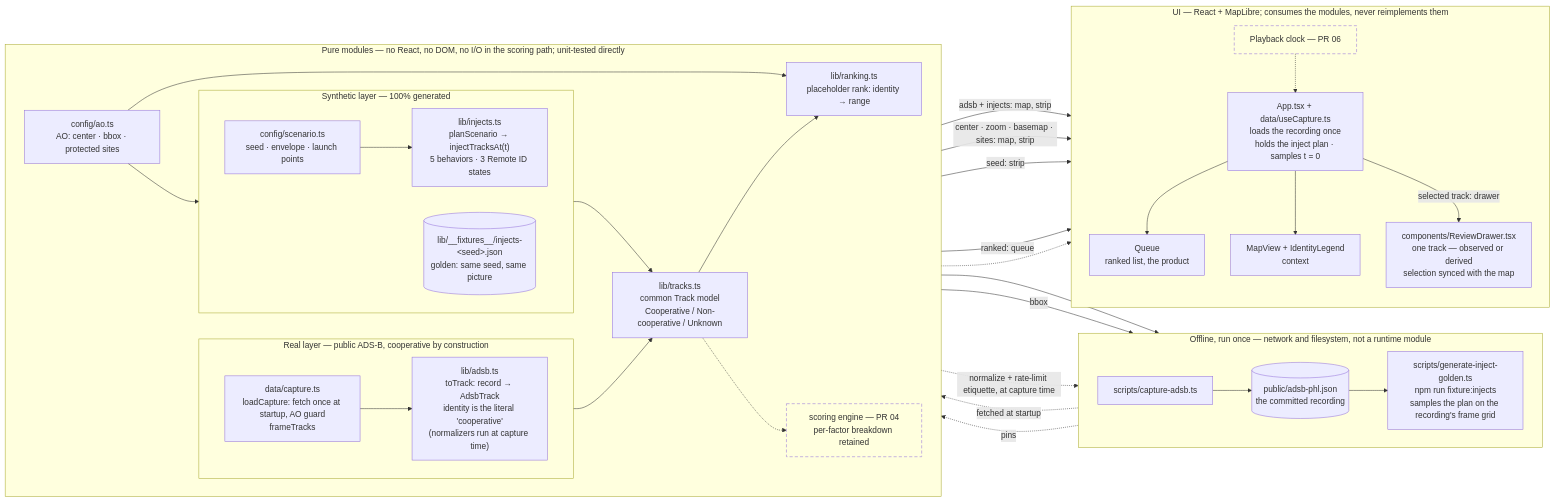
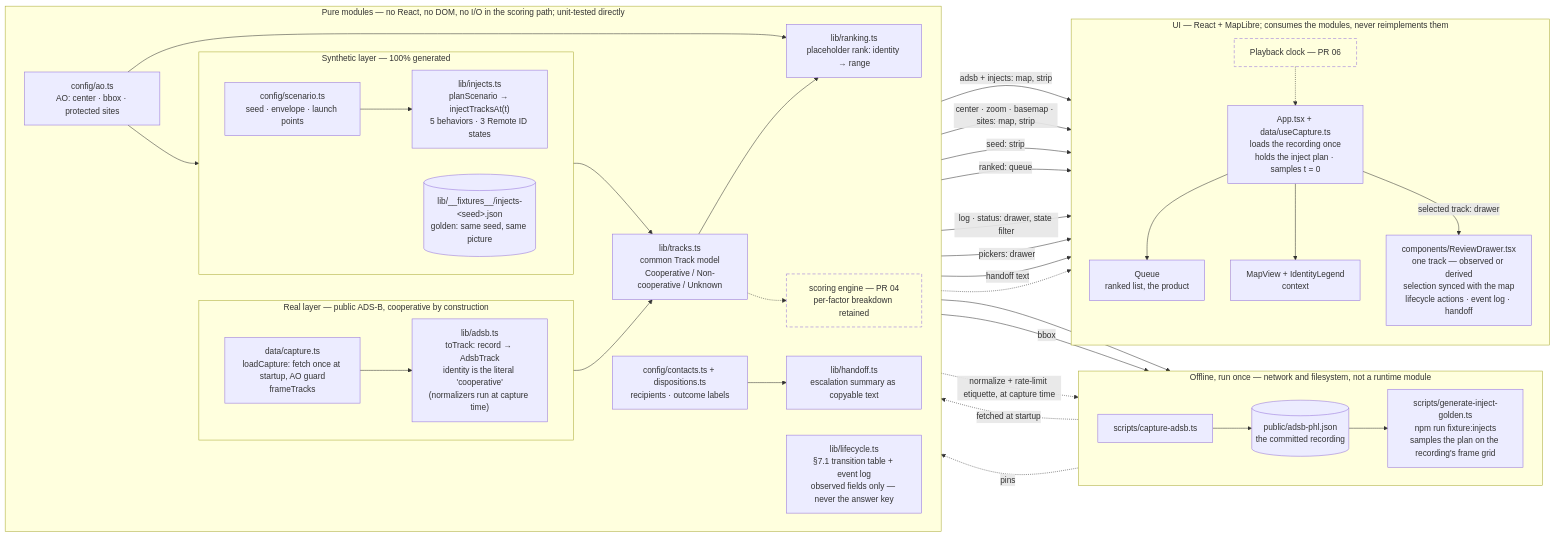
One commit to garishay/vigil changed the diagram in README.md. Above: the diagram before and after it, drawn with Mermaid. The commit also changed 17 other files, not shown here.

First line of the commit message:
feat: incident lifecycle, event log, and the escalation handoff (03b) (#47)

````diff
--- a/README.md
+++ b/README.md
@@ -26,54 +26,61 @@
 ```mermaid
 flowchart LR
   subgraph offline["Offline, run once — network and filesystem, not a runtime module"]
     direction LR
     cap["scripts/capture-adsb.ts"] --> fx[("public/adsb-phl.json<br/>the committed recording")]
     fx --> goldgen["scripts/generate-inject-golden.ts<br/>npm run fixture:injects<br/>samples the plan on the recording's frame grid"]
   end
   subgraph pure["Pure modules — no React, no DOM, no I/O in the scoring path; unit-tested directly"]
     direction LR
     subgraph real["Real layer — public ADS-B, cooperative by construction"]
       direction LR
       load["data/capture.ts<br/>loadCapture: fetch once at startup, AO guard<br/>frameTracks"] --> norm["lib/adsb.ts<br/>toTrack: record → AdsbTrack<br/>identity is the literal 'cooperative'<br/>(normalizers run at capture time)"]
     end
     subgraph syn["Synthetic layer — 100% generated"]
       direction LR
       cfg["config/scenario.ts<br/>seed · envelope · launch points"] --> gen["lib/injects.ts<br/>planScenario → injectTracksAt(t)<br/>5 behaviors · 3 Remote ID states"]
       gold[("lib/__fixtures__/injects-&lt;seed&gt;.json<br/>golden: same seed, same picture")]
     end
     ao["config/ao.ts<br/>AO: center · bbox · protected sites"]
     model["lib/tracks.ts<br/>common Track model<br/>Cooperative / Non-cooperative / Unknown"]
     rank["lib/ranking.ts<br/>placeholder rank: identity → range"]
     score["scoring engine — PR 04<br/>per-factor breakdown retained"]
+    life["lib/lifecycle.ts<br/>§7.1 transition table + event log<br/>observed fields only — never the answer key"]
+    hand["lib/handoff.ts<br/>escalation summary as copyable text"]
+    workcfg["config/contacts.ts + dispositions.ts<br/>recipients · outcome labels"]
     norm --> model
     gen --> model
     ao --> gen
     ao --> rank
     model --> rank
     model -.-> score
+    workcfg --> hand
   end
   fx -. fetched at startup .-> load
   gen --> goldgen
   goldgen -. pins .-> gold
   ao -- bbox --> cap
   norm -. normalize + rate-limit etiquette, at capture time .-> cap
   subgraph ui["UI — React + MapLibre; consumes the modules, never reimplements them"]
     direction TB
     app["App.tsx + data/useCapture.ts<br/>loads the recording once<br/>holds the inject plan · samples t = 0"]
     queue["Queue<br/>ranked list, the product"]
     map["MapView + IdentityLegend<br/>context"]
-    review["components/ReviewDrawer.tsx<br/>one track — observed or derived<br/>selection synced with the map"]
+    review["components/ReviewDrawer.tsx<br/>one track — observed or derived<br/>selection synced with the map<br/>lifecycle actions · event log · handoff"]
     clock["Playback clock — PR 06"]
     app --> queue
     app --> map
     app -- selected track: drawer --> review
     clock -.-> app
   end
   model -- adsb + injects: map, strip --> app
   ao -- center · zoom · basemap · sites: map, strip --> app
   cfg -- seed: strip --> app
   rank -- ranked: queue --> app
+  life -- log · status: drawer, state filter --> app
+  workcfg -- pickers: drawer --> app
+  hand -- handoff text --> review
   score -.-> app
   classDef planned stroke-dasharray: 6 4,fill:none;
   class score,clock planned;
 ```
````
